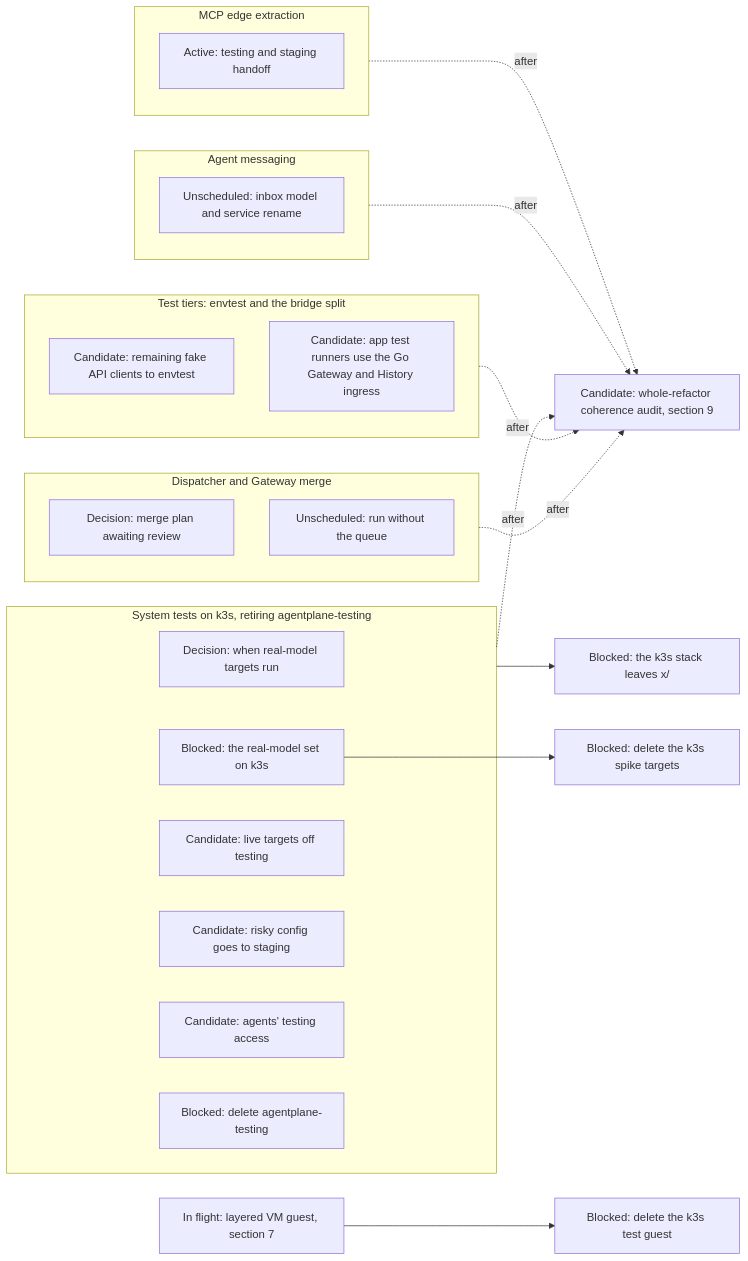
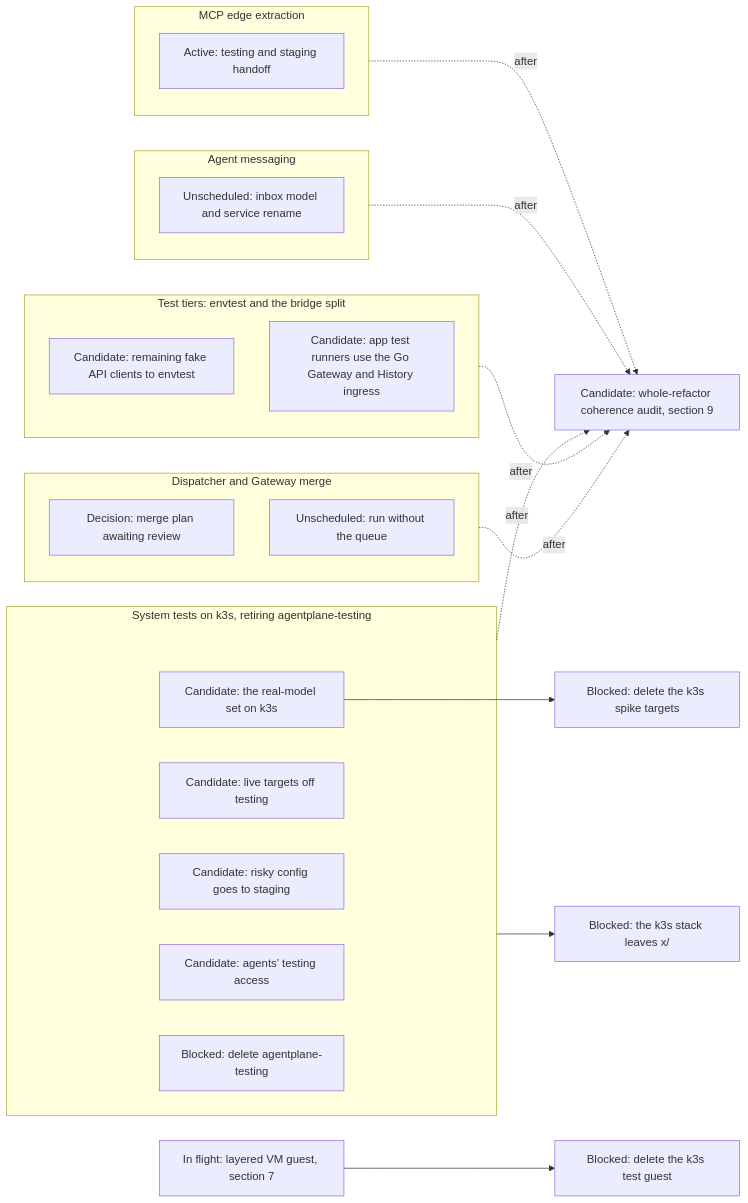
The first of 19 diagrams in agentplane/plans/task_dag.md (agentydragon-agent/ducktape), drawn with Mermaid before and after one commit. The commit also changed other lines of this file and 1 other file, not shown here.

First line of the commit message:
agentplane: real-model system tests reuse the live-openai key

````diff
--- a/agentplane/plans/task_dag.md
+++ b/agentplane/plans/task_dag.md
@@ -29,33 +29,32 @@
 ```mermaid
 flowchart LR
     subgraph ACTION_TRACK[MCP edge extraction]
         ACTION_MCP_EDGE_SPLIT[Active: testing and staging handoff]
     end
     subgraph MESSAGING_TRACK[Agent messaging]
         NOTIFICATION_SERVICE_SPLIT[Unscheduled: inbox model and service rename]
     end
     subgraph K3S_TRACK[System tests on k3s, retiring agentplane-testing]
-        K3S_MODEL_CREDENTIALS[Decision: when real-model targets run]
-        K3S_MODEL_SCENARIOS[Blocked: the real-model set on k3s]
+        K3S_MODEL_SCENARIOS[Candidate: the real-model set on k3s]
         LIVE_TARGETS_OFF_TESTING[Candidate: live targets off testing]
         STAGING_FIRST_ROLLOUT[Candidate: risky config goes to staging]
         AGENT_TESTING_ACCESS_RETIRE[Candidate: agents' testing access]
         TESTING_ENVIRONMENT_RETIRE[Blocked: delete agentplane-testing]
     end
     subgraph TIER_TRACK[Test tiers: envtest and the bridge split]
         FAKE_CLIENTS_TO_ENVTEST[Candidate: remaining fake API clients to envtest]
         APP_TEST_RUNNER_FIXTURES_GO[Candidate: app test runners use the Go Gateway and History ingress]
     end
     subgraph DISPATCH_TRACK[Dispatcher and Gateway merge]
         DISPATCHER_PERSISTENCE_MODEL_DESIGN[Decision: merge plan awaiting review]
         DISPATCHER_QUEUE_OPTIONAL[Unscheduled: run without the queue]
     end
     K3S_TRACK --> K3S_ENV_OUT_OF_X[Blocked: the k3s stack leaves x/]
     K3S_MODEL_SCENARIOS --> K3S_SPIKE_TARGETS_RETIRE[Blocked: delete the k3s spike targets]
     RUNNER_LAYERING_VM[In flight: layered VM guest, section 7] --> K3S_TEST_GUEST_RETIRE[Blocked: delete the k3s test guest]
     ACTION_TRACK -. after .-> REFACTOR_COHERENCE_AUDIT[Candidate: whole-refactor coherence audit, section 9]
     MESSAGING_TRACK -. after .-> REFACTOR_COHERENCE_AUDIT
     K3S_TRACK -. after .-> REFACTOR_COHERENCE_AUDIT
     TIER_TRACK -. after .-> REFACTOR_COHERENCE_AUDIT
     DISPATCH_TRACK -. after .-> REFACTOR_COHERENCE_AUDIT
 ```
````
